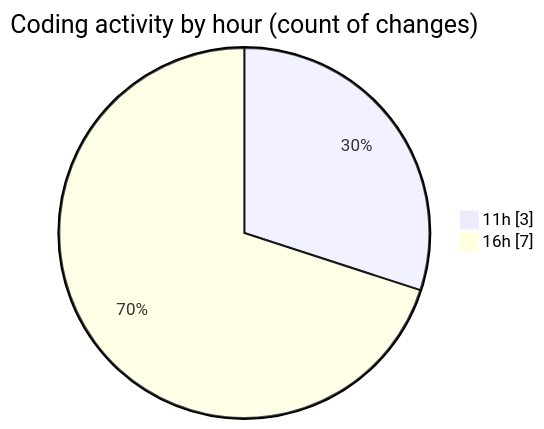
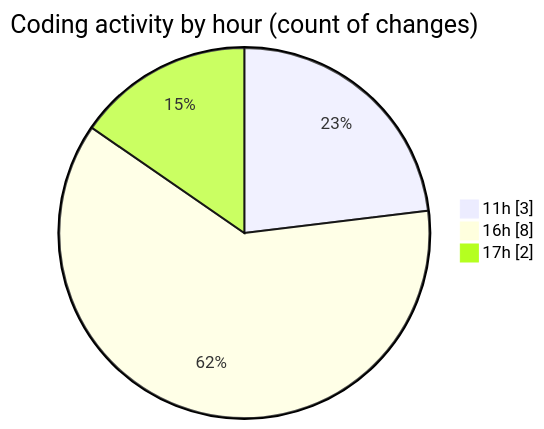
Before and after one commit to vahidmafi/code-tracking: the second of 2 diagrams in 2025-12-10/www/README.md, drawn with Mermaid. The commit also changed other lines of this file and 1 other file, not shown here.

````diff
--- a/2025-12-10/www/README.md
+++ b/2025-12-10/www/README.md
@@ -28,6 +28,7 @@
 ```mermaid
 pie showData
 title Coding activity by hour (count of changes)
 "11h" : 3
-"16h" : 7
+"16h" : 8
+"17h" : 2
 ```
````
